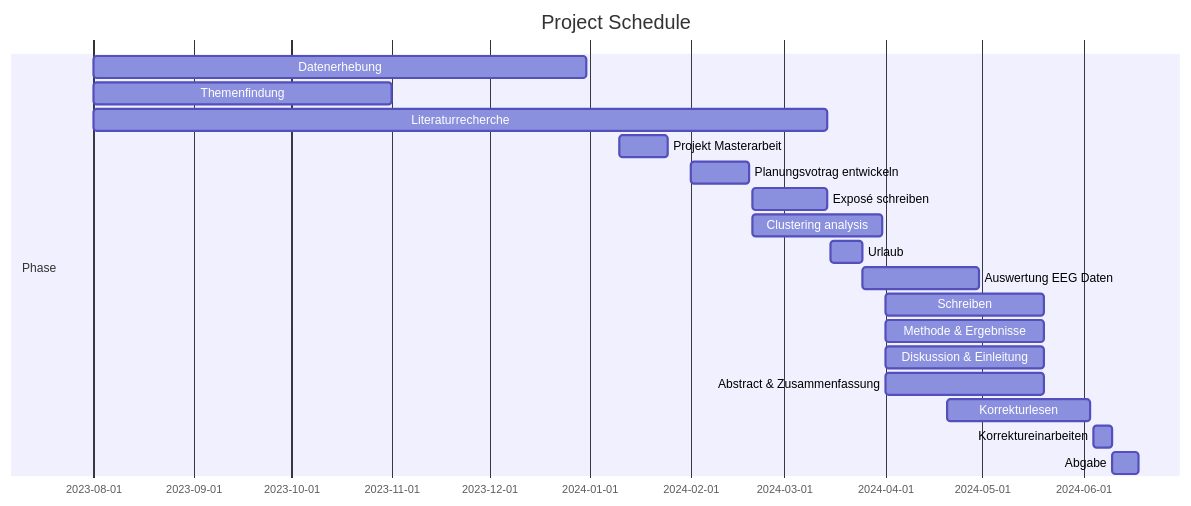
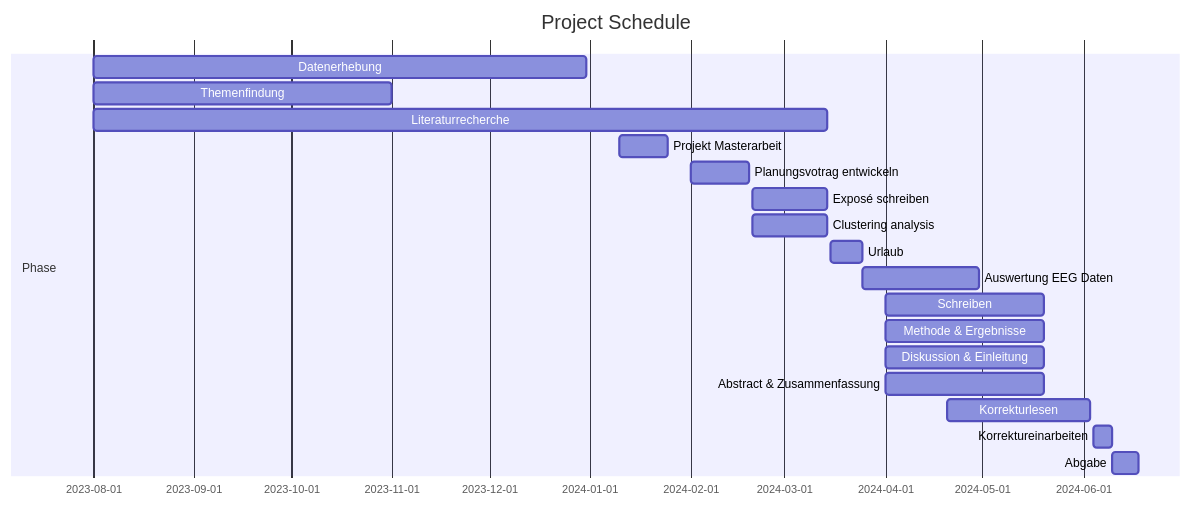
One commit to JankaMarlene/masters_thesis changed the diagram in README.md. Above: the diagram before and after it, drawn with Mermaid.

````diff
--- a/README.md
+++ b/README.md
@@ -4,23 +4,23 @@
 ```mermaid
 gantt
     title Project Schedule
     dateFormat YYYY-MM-DD
 
     section Phase
     Datenerhebung              : 2023-08-01, 2023-12-31
     Themenfindung              : 2023-08-01, 2023-11-01
     Literaturrecherche         : 2023-08-01, 2024-03-14
     Projekt Masterarbeit       : 2024-01-10, 2024-01-25
     Planungsvotrag entwickeln  : 2024-02-01, 2024-02-19
     Exposé schreiben           : 2024-02-20, 2024-03-14
-    Clustering analysis        : 2024-02-20, 2024-03-31
+    Clustering analysis        : 2024-02-20, 2024-03-14
     Urlaub                     : 2024-03-15, 2024-03-25
     Auswertung EEG Daten       : 2024-03-25, 2024-04-30
     Schreiben                  : 2024-04-01, 2024-05-20
     Methode & Ergebnisse       : 2024-04-01, 2024-05-20
     Diskussion & Einleitung    : 2024-04-01, 2024-05-20
     Abstract & Zusammenfassung : 2024-04-01, 2024-05-20
     Korrekturlesen             : 2024-04-20, 2024-06-03
     Korrektureinarbeiten       : 2024-06-04, 2024-06-10           
     Abgabe                     : 2024-06-10, 2024-06-18
 ```
````
